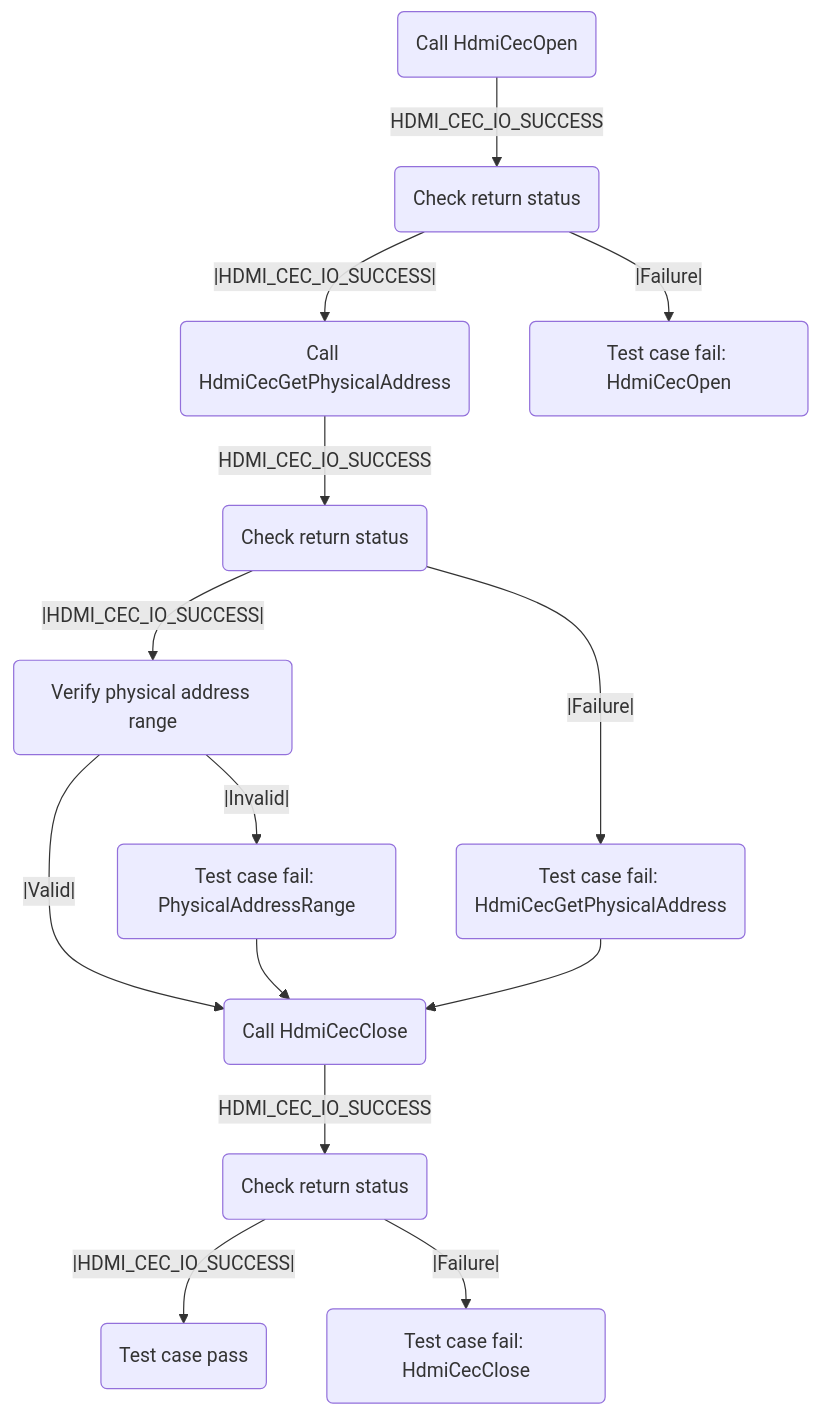
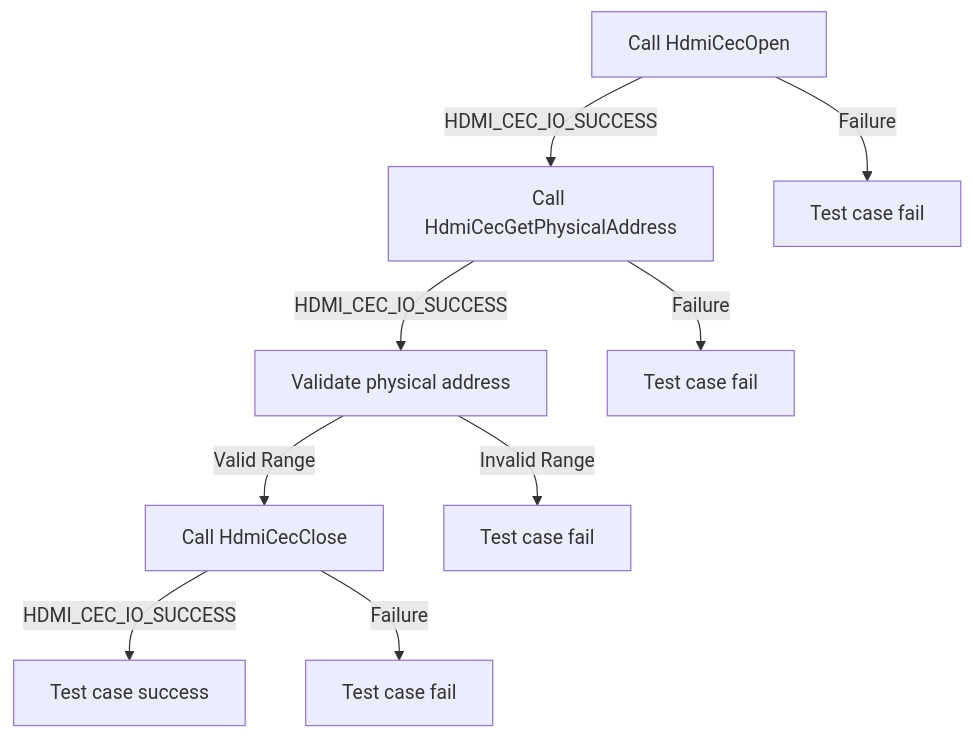
Before and after one commit to rdkcentral/rdk-halif-test-hdmi_cec: the fifth of 6 diagrams in docs/pages/l2_hdmi_cec_driver_test_specification.md, drawn with Mermaid. The commit also changed other lines of this file and 5 other files, not shown here.

Commit message:
Develop HDMI CEC L2 test suite Modified test suite based on new MD file

````diff
--- a/docs/pages/l2_hdmi_cec_driver_test_specification.md
+++ b/docs/pages/l2_hdmi_cec_driver_test_specification.md
@@ -204,16 +258,11 @@
 ```mermaid
 graph TB
-    Initialise("Call HdmiCecOpen") -->|HDMI_CEC_IO_SUCCESS| CheckHdmiCecOpen("Check return status")
-    CheckHdmiCecOpen -- |HDMI_CEC_IO_SUCCESS| --> CallHdmiCecGetPhysicalAddress("Call HdmiCecGetPhysicalAddress")
-    CheckHdmiCecOpen -- |Failure| --> TestFailOpen("Test case fail: HdmiCecOpen")
-    CallHdmiCecGetPhysicalAddress -->|HDMI_CEC_IO_SUCCESS| CheckHdmiCecGetPhysicalAddress("Check return status")
-    CheckHdmiCecGetPhysicalAddress -- |HDMI_CEC_IO_SUCCESS| --> VerifyPhysicalAddressRange("Verify physical address range")  
-    CheckHdmiCecGetPhysicalAddress -- |Failure| --> TestFailGetPhysicalAddress("Test case fail: HdmiCecGetPhysicalAddress")
-    VerifyPhysicalAddressRange -- |Valid| --> CallHdmiCecClose("Call HdmiCecClose")  
-    VerifyPhysicalAddressRange -- |Invalid| --> TestFailPhysicalAddressRange("Test case fail: PhysicalAddressRange")
-    CallHdmiCecClose -->|HDMI_CEC_IO_SUCCESS| CheckHdmiCecClose("Check return status")
-    CheckHdmiCecClose -- |HDMI_CEC_IO_SUCCESS| --> TestPass("Test case pass")
-    CheckHdmiCecClose -- |Failure| --> TestFailClose("Test case fail: HdmiCecClose")
-    TestFailPhysicalAddressRange --> CallHdmiCecClose
-    TestFailGetPhysicalAddress -->  CallHdmiCecClose
+A[Call HdmiCecOpen] -->|HDMI_CEC_IO_SUCCESS| B[Call HdmiCecGetPhysicalAddress]
+A -->|Failure| A1[Test case fail]
+B -->|HDMI_CEC_IO_SUCCESS| C[Validate physical address]
+B -->|Failure| B1[Test case fail]
+C -->|Valid Range| D[Call HdmiCecClose]
+C -->|Invalid Range| C1[Test case fail]
+D -->|HDMI_CEC_IO_SUCCESS| E[Test case success]
+D -->|Failure| D1[Test case fail]
 ```
````
